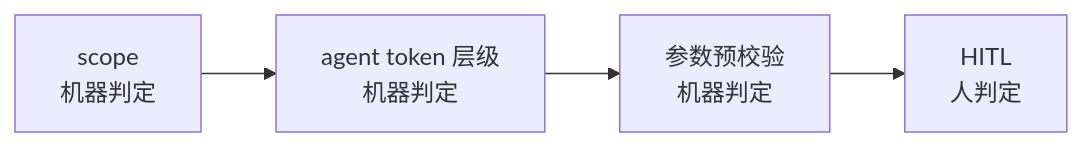
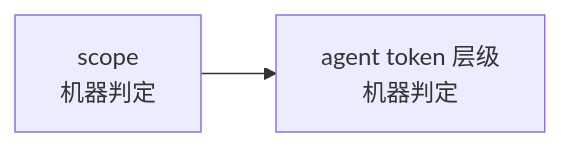
One commit to dinstein/agent-hub changed the eighth of 8 diagrams in docs/zh-CN/architecture.md. Above: the diagram before and after it, drawn with Mermaid. The commit also changed other lines of this file and 3 other files, not shown here.

````diff
--- a/docs/zh-CN/architecture.md
+++ b/docs/zh-CN/architecture.md
@@ -333,4 +331,4 @@
 ```mermaid
 flowchart LR
-    S["scope<br/>机器判定"] --> T["agent token 层级<br/>机器判定"] --> P["参数预校验<br/>机器判定"] --> H["HITL<br/>人判定"]
+    S["scope<br/>机器判定"] --> T["agent token 层级<br/>机器判定"]
 ```
````
